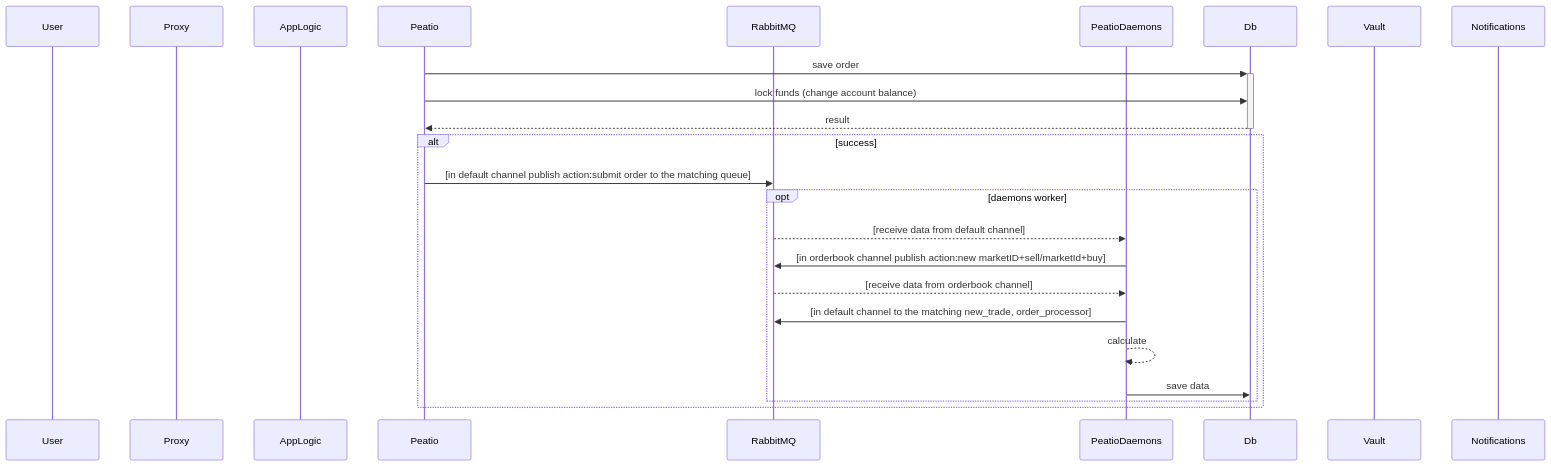
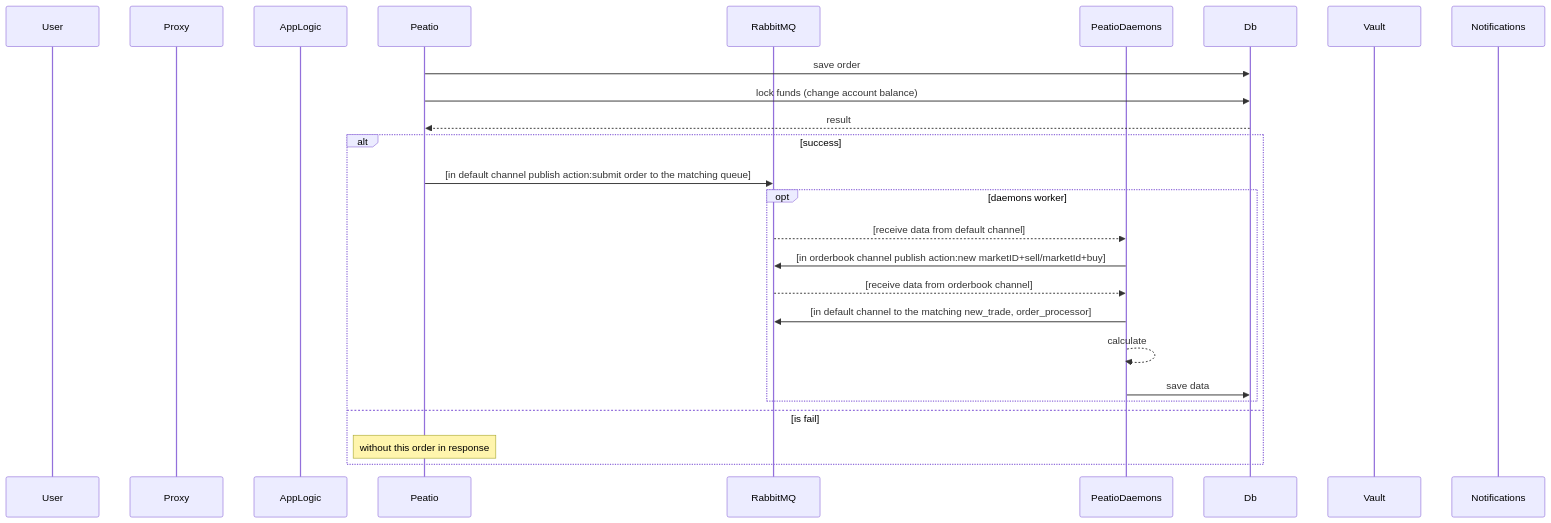
One commit to sergii-savchenko/rkcp_arch changed the fifth of 31 diagrams in README.md. Above: the diagram before and after it, drawn with Mermaid. The commit also changed 2 other files, not shown here.

Commit message:
render last fix

````diff
--- a/README.md
+++ b/README.md
@@ -202,26 +202,29 @@
 ```mermaid
 sequenceDiagram
     participant User
     participant Proxy
     participant AppLogic
     participant Peatio
     participant RabbitMQ
     participant PeatioDaemons
     participant Db
     participant Vault
     participant Notifications
-    Peatio->>+Db: save order
+
+    Peatio->>Db: save order
     Peatio->>Db: lock funds (change account balance)
-    Db-->>-Peatio: result
+    Db-->>Peatio: result
     alt success
         Peatio->>RabbitMQ: [in default channel publish action:submit order to the matching queue]
         opt daemons worker
             RabbitMQ-->>PeatioDaemons: [receive data from default channel]
             PeatioDaemons->>RabbitMQ: [in orderbook channel publish action:new marketID+sell/marketId+buy]
             RabbitMQ-->>PeatioDaemons: [receive data from orderbook channel]
             PeatioDaemons->>RabbitMQ: [in default channel to the matching new_trade, order_processor]
             PeatioDaemons-->>PeatioDaemons: calculate
             PeatioDaemons->>Db: save data
         end
+    else is fail
+        Note over Peatio: without this order in response
     end
 ```
````
